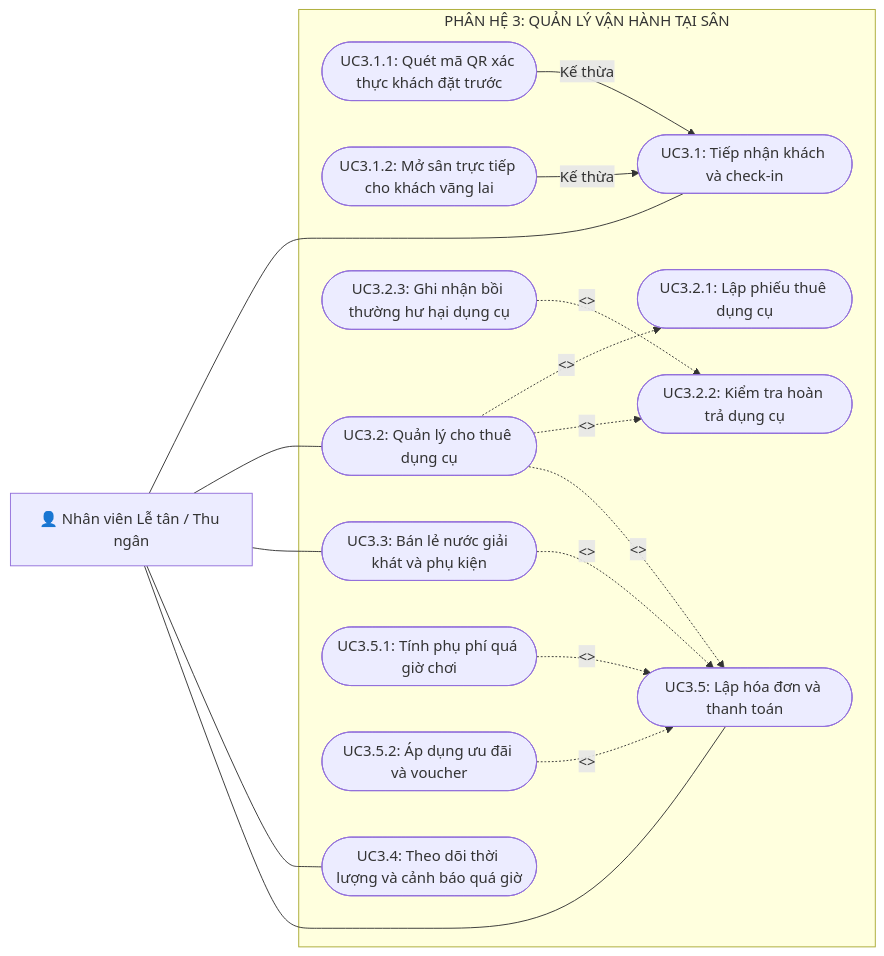
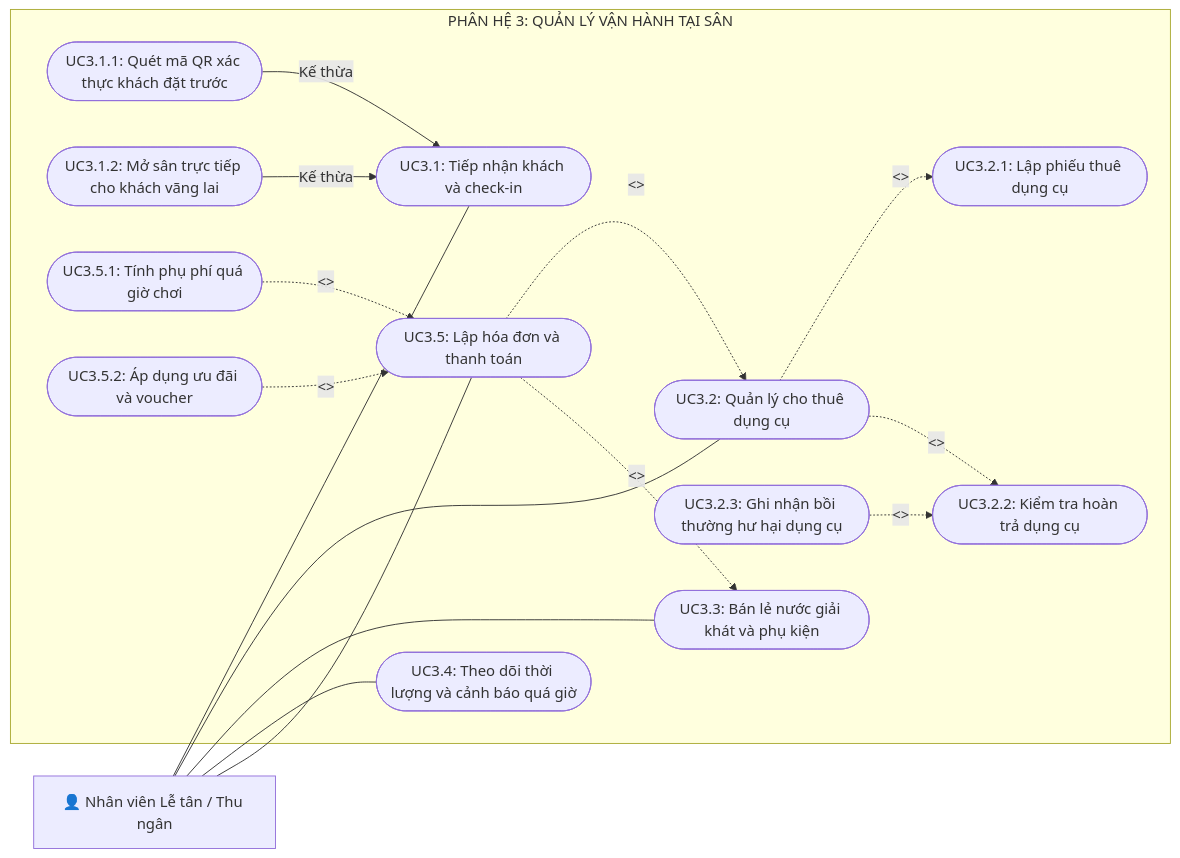
The fifth of 7 diagrams in BTH/BTH3_UsecaseDiagram/BTH3_UsecaseDiagram.md (nphat-code/DoAn-OOAD-SGU), drawn with Mermaid before and after one commit.

Commit message:
fix(bth3): sua chieu mui ten include tu UC3.5 den UC3.2 va UC3.3 trong phan he 3

````diff
--- a/BTH/BTH3_UsecaseDiagram/BTH3_UsecaseDiagram.md
+++ b/BTH/BTH3_UsecaseDiagram/BTH3_UsecaseDiagram.md
@@ -205,42 +205,42 @@
 ```mermaid
 flowchart LR
     Staff["👤 Nhân viên Lễ tân / Thu ngân"]
 
     subgraph Subsystem3 ["PHÂN HỆ 3: QUẢN LÝ VẬN HÀNH TẠI SÂN"]
         UC31(["UC3.1: Tiếp nhận khách và check-in"])
         UC311(["UC3.1.1: Quét mã QR xác thực khách đặt trước"])
         UC312(["UC3.1.2: Mở sân trực tiếp cho khách vãng lai"])
 
         UC32(["UC3.2: Quản lý cho thuê dụng cụ"])
         UC321(["UC3.2.1: Lập phiếu thuê dụng cụ"])
         UC322(["UC3.2.2: Kiểm tra hoàn trả dụng cụ"])
         UC323(["UC3.2.3: Ghi nhận bồi thường hư hại dụng cụ"])
 
         UC33(["UC3.3: Bán lẻ nước giải khát và phụ kiện"])
         UC34(["UC3.4: Theo dõi thời lượng và cảnh báo quá giờ"])
         UC35(["UC3.5: Lập hóa đơn và thanh toán"])
 
         %% Extends for Invoice
         UC_Overtime(["UC3.5.1: Tính phụ phí quá giờ chơi"])
         UC_Voucher(["UC3.5.2: Áp dụng ưu đãi và voucher"])
     end
 
     Staff --- UC31
     Staff --- UC32
     Staff --- UC33
     Staff --- UC34
     Staff --- UC35
 
     UC311 -->|Kế thừa| UC31
     UC312 -->|Kế thừa| UC31
 
     UC32 -.->|<<include>>| UC321
     UC32 -.->|<<include>>| UC322
     UC323 -.->|<<extend>>| UC322
 
     UC_Overtime -.->|<<extend>>| UC35
     UC_Voucher -.->|<<extend>>| UC35
 
-    UC32 -.->|<<include>>| UC35
-    UC33 -.->|<<include>>| UC35
+    UC35 -.->|<<include>>| UC32
+    UC35 -.->|<<include>>| UC33
 ```
````
